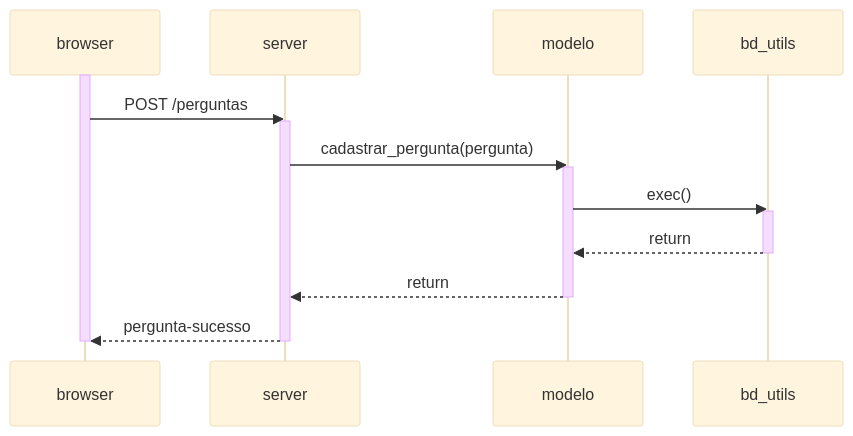
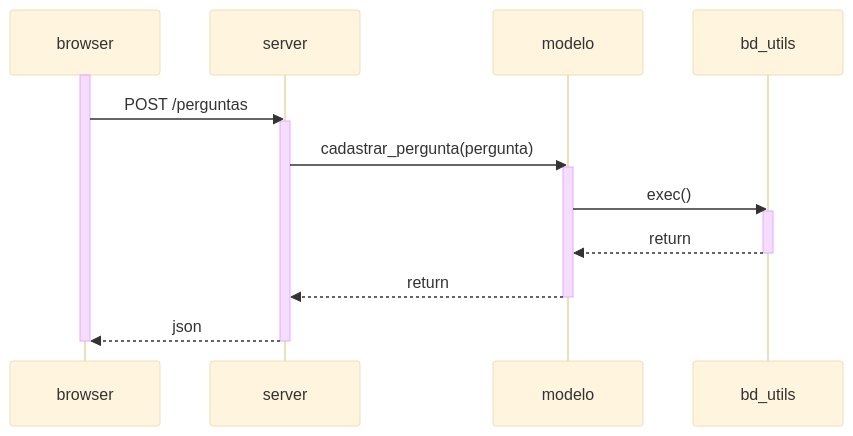
Before and after one commit to mtov/esmforum: the second of 3 diagrams in docs/uml.md, drawn with Mermaid (base theme). The commit also changed other lines of this file, not shown here.

````diff
--- a/docs/uml.md
+++ b/docs/uml.md
@@ -37,17 +37,17 @@
 ```mermaid
     sequenceDiagram
         activate browser
 	browser->>server: POST /perguntas 
         activate server
         server->>modelo: cadastrar_pergunta(pergunta)
         activate modelo
         modelo->>bd_utils: exec()
         activate bd_utils
         bd_utils-->>modelo: return
         deactivate bd_utils
         modelo-->>server: return
         deactivate modelo
-	server-->>browser: pergunta-sucesso
+	server-->>browser: json
 	deactivate server
 	deactivate browser
 ```	
````
